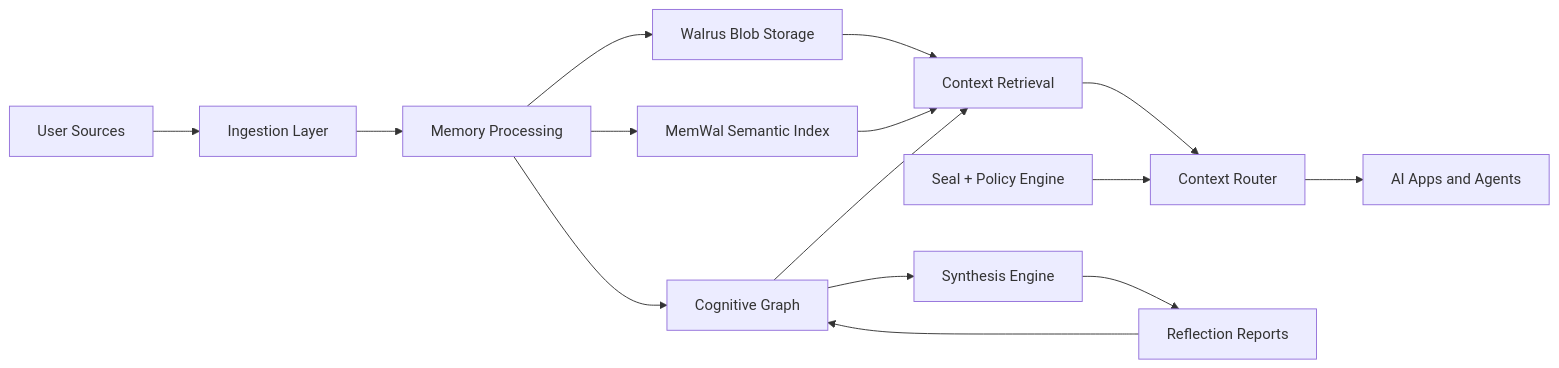
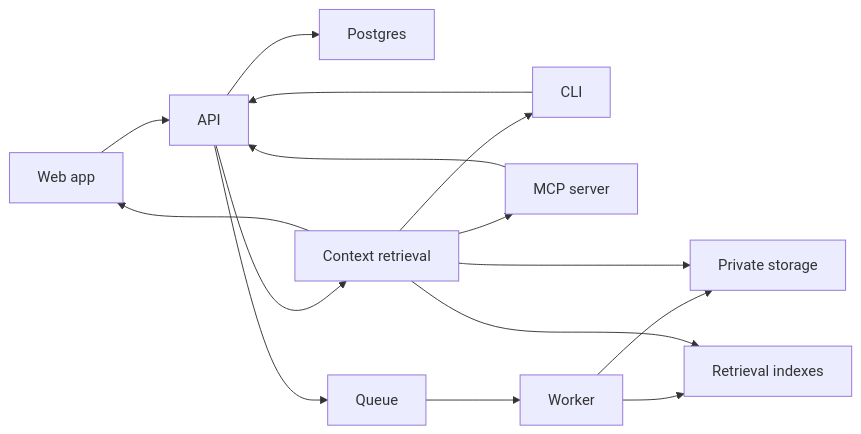
Before and after one commit to ddboy19912/sivraj: the diagram in docs/ARCHITECTURE.md, drawn with Mermaid. The commit also changed other lines of this file and 83 other files, not shown here.

````diff
--- a/docs/ARCHITECTURE.md
+++ b/docs/ARCHITECTURE.md
@@ -16,17 +7,17 @@
 ```mermaid
 flowchart LR
-  Sources["User Sources"] --> Ingestion["Ingestion Layer"]
-  Ingestion --> Processing["Memory Processing"]
-  Processing --> BlobStore["Walrus Blob Storage"]
-  Processing --> VectorStore["MemWal Semantic Index"]
-  Processing --> Graph["Cognitive Graph"]
-  Graph --> Retrieval["Context Retrieval"]
-  VectorStore --> Retrieval
-  BlobStore --> Retrieval
-  Retrieval --> Router["Context Router"]
-  Permissions["Seal + Policy Engine"] --> Router
-  Router --> Agents["AI Apps and Agents"]
-  Graph --> Synthesis["Synthesis Engine"]
-  Synthesis --> Reflection["Reflection Reports"]
-  Reflection --> Graph
+  Web["Web app"] --> API["API"]
+  CLI["CLI"] --> API
+  MCP["MCP server"] --> API
+  API --> DB["Postgres"]
+  API --> Queue["Queue"]
+  Queue --> Worker["Worker"]
+  Worker --> PrivateStorage["Private storage"]
+  Worker --> Indexes["Retrieval indexes"]
+  API --> Retrieval["Context retrieval"]
+  Retrieval --> PrivateStorage
+  Retrieval --> Indexes
+  Retrieval --> Web
+  Retrieval --> CLI
+  Retrieval --> MCP
 ```
````
